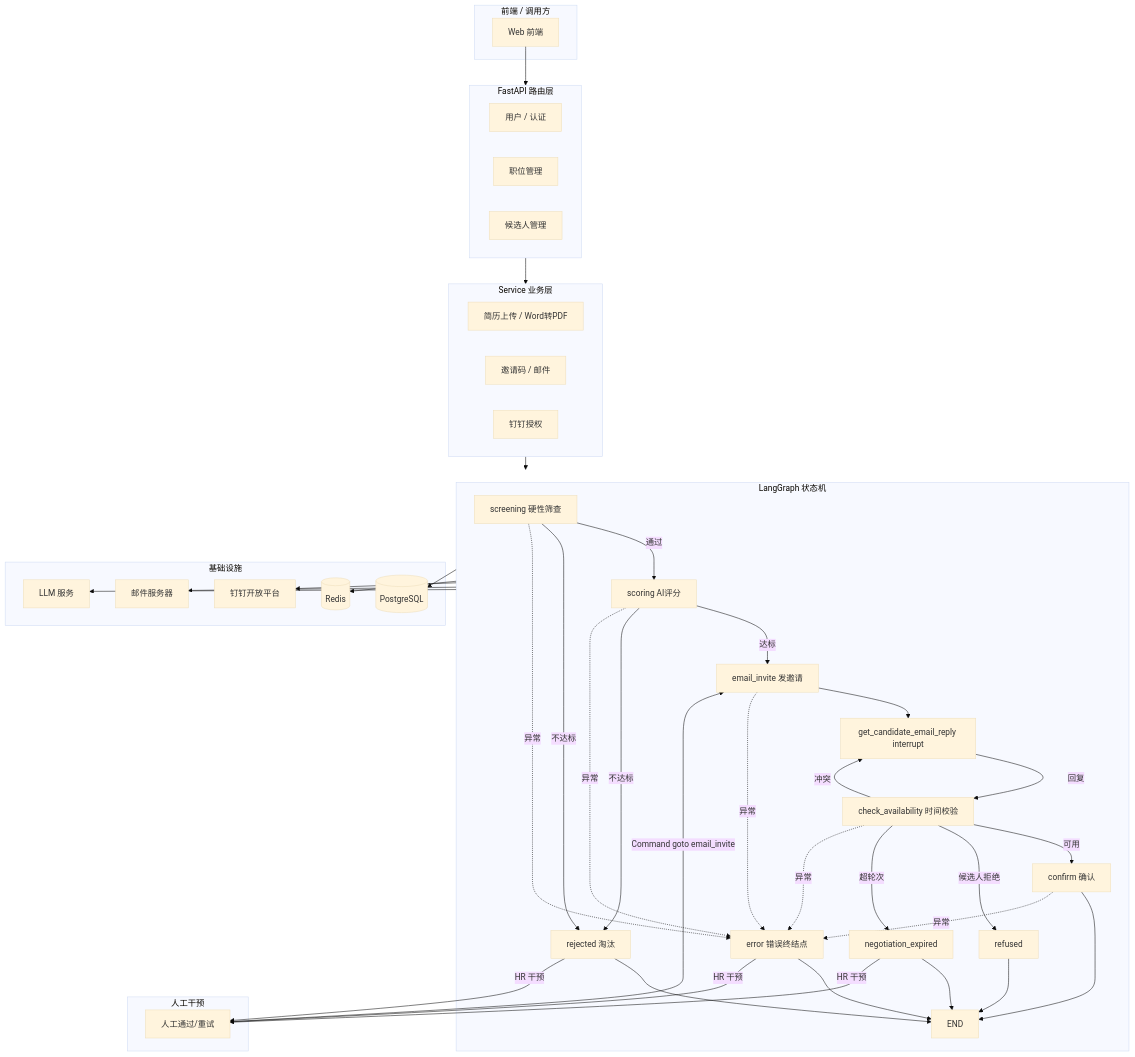
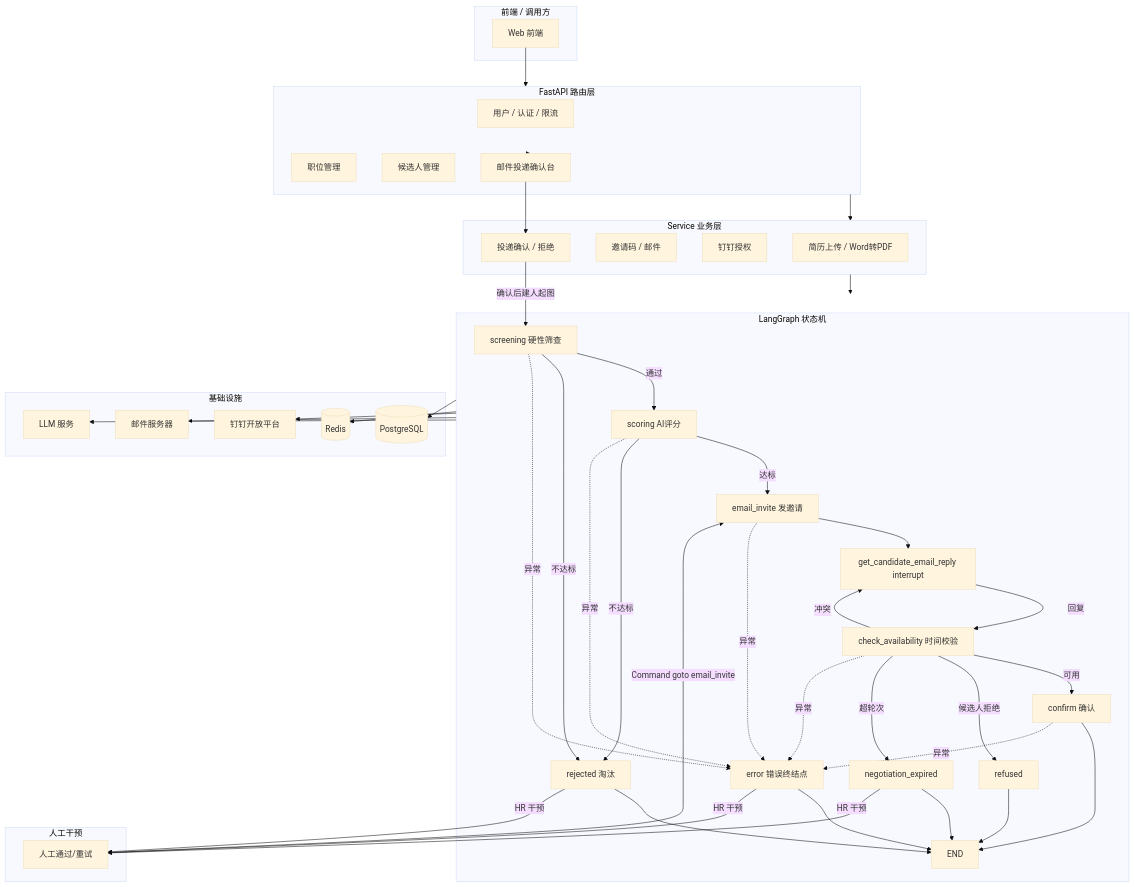
One commit to 1127-jw/SimpleHR changed the diagram in README.md. Above: the diagram before and after it, drawn with Mermaid (base theme). The commit also changed other lines of this file and 103 other files, not shown here.

````diff
--- a/README.md
+++ b/README.md
@@ -51,67 +56,72 @@
 ```mermaid
 flowchart TD
     subgraph Client["前端 / 调用方"]
         A[Web 前端]
     end
 
     subgraph API["FastAPI 路由层"]
-        R1[用户 / 认证]
+        R1[用户 / 认证 / 限流]
         R2[职位管理]
         R3[候选人管理]
+        R4[邮件投递确认台]
     end
 
     subgraph Service["Service 业务层"]
         S1[简历上传 / Word转PDF]
         S2[邀请码 / 邮件]
         S3[钉钉授权]
+        S4[投递确认 / 拒绝]
     end
 
     subgraph Workflow["LangGraph 状态机"]
         W1[screening 硬性筛查] -->|通过| W2[scoring AI评分]
         W2 -->|达标| W3[email_invite 发邀请]
         W2 -->|不达标| W6[rejected 淘汰]
         W1 -->|不达标| W6
         W3 --> W4[get_candidate_email_reply interrupt]
         W4 -->|回复| W5[check_availability 时间校验]
         W5 -->|可用| W7[confirm 确认]
         W5 -->|冲突| W4
         W5 -->|候选人拒绝| W8[refused]
         W5 -->|超轮次| W9[negotiation_expired]
         W7 --> W10[END]
         W6 --> W10
         W8 --> W10
         W9 --> W10
         W1 -.->|异常| WE[error 错误终结点]
         W2 -.->|异常| WE
         W3 -.->|异常| WE
         W5 -.->|异常| WE
         W7 -.->|异常| WE
         WE --> W10
     end
 
     subgraph Manual["人工干预"]
         M1[人工通过/重试]
     end
 
     W6 -->|HR 干预| M1
     W9 -->|HR 干预| M1
     WE -->|HR 干预| M1
     M1 -->|Command goto email_invite| W3
 
     subgraph Infra["基础设施"]
         DB[(PostgreSQL)]
         RD[(Redis)]
         DT[钉钉开放平台]
         MAIL[邮件服务器]
         LLM[LLM 服务]
     end
 
     A --> API
     API --> Service
     Service --> Workflow
+    API --> R4
+    R4 --> S4
+    S4 -->|确认后建人起图| W1
     Workflow --> DB
     Workflow --> RD
     Workflow --> DT
     Workflow --> MAIL
     Workflow --> LLM
 ```
````
